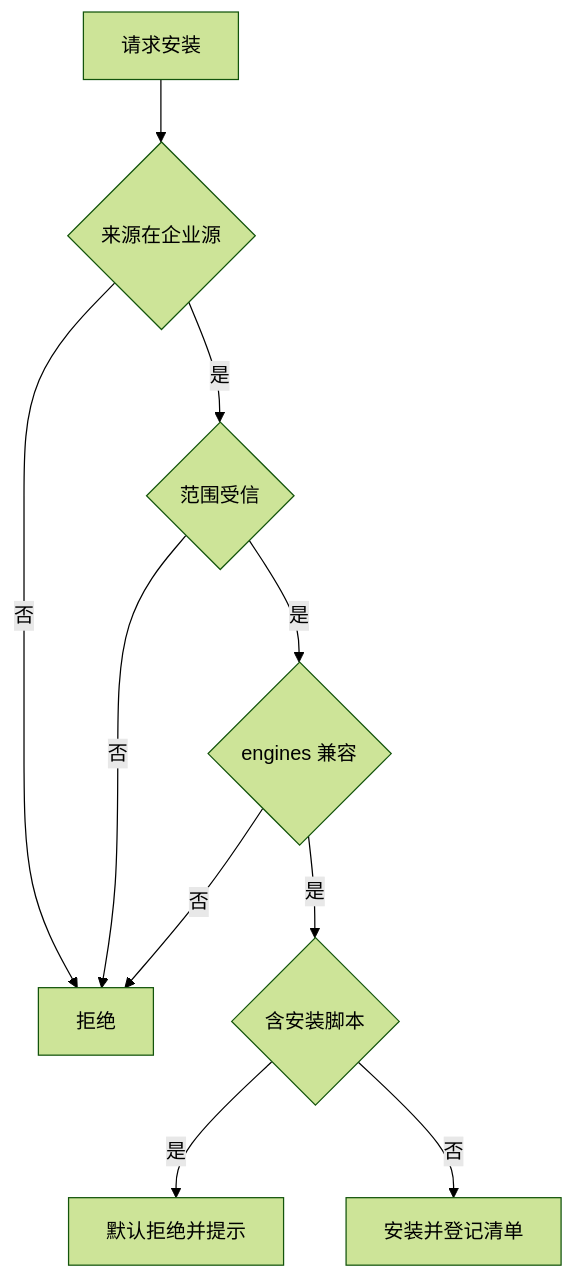
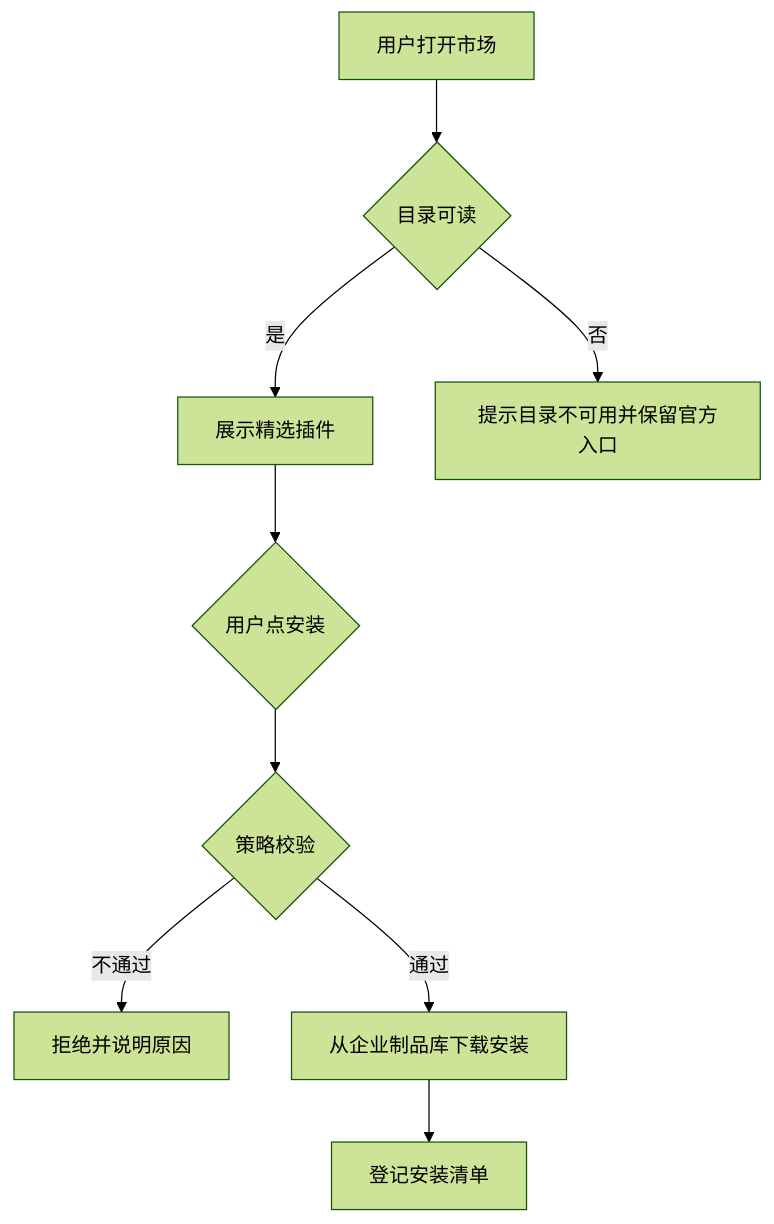
One commit to hrygo/heluo-forge changed the diagram in docs/design/plugins/forge-market.md. Above: the diagram before and after it, drawn with Mermaid (forest theme). The commit also changed other lines of this file and 5 other files, not shown here.

````diff
--- a/docs/design/plugins/forge-market.md
+++ b/docs/design/plugins/forge-market.md
@@ -101,12 +107,11 @@
 ```mermaid
 flowchart TD
-  A[请求安装] --> B{来源在企业源}
-  B -->|否| C[拒绝]
-  B -->|是| D{范围受信}
-  D -->|否| C
-  D -->|是| E{engines 兼容}
-  E -->|否| C
-  E -->|是| F{含安装脚本}
-  F -->|是| G[默认拒绝并提示]
-  F -->|否| H[安装并登记清单]
+  A[用户打开市场] --> B{目录可读}
+  B -->|是| C[展示精选插件]
+  B -->|否| D[提示目录不可用并保留官方入口]
+  C --> E{用户点安装}
+  E --> F{策略校验}
+  F -->|不通过| G[拒绝并说明原因]
+  F -->|通过| H[从企业制品库下载安装]
+  H --> I[登记安装清单]
 ```
````
